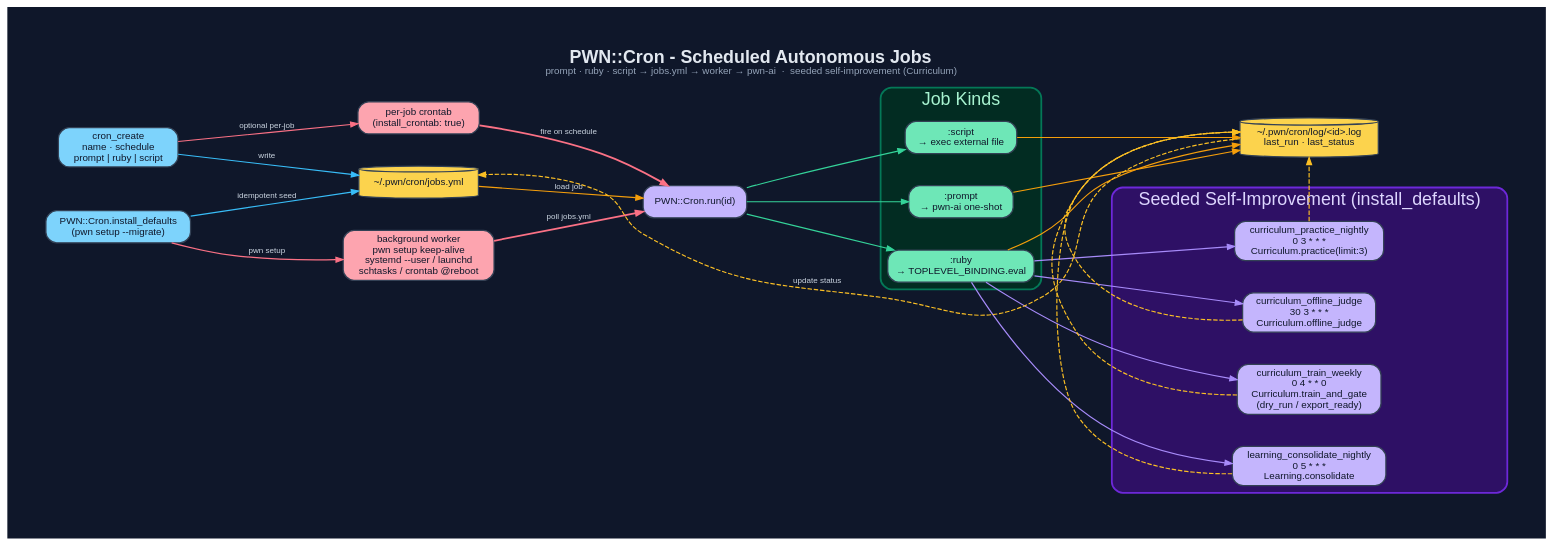
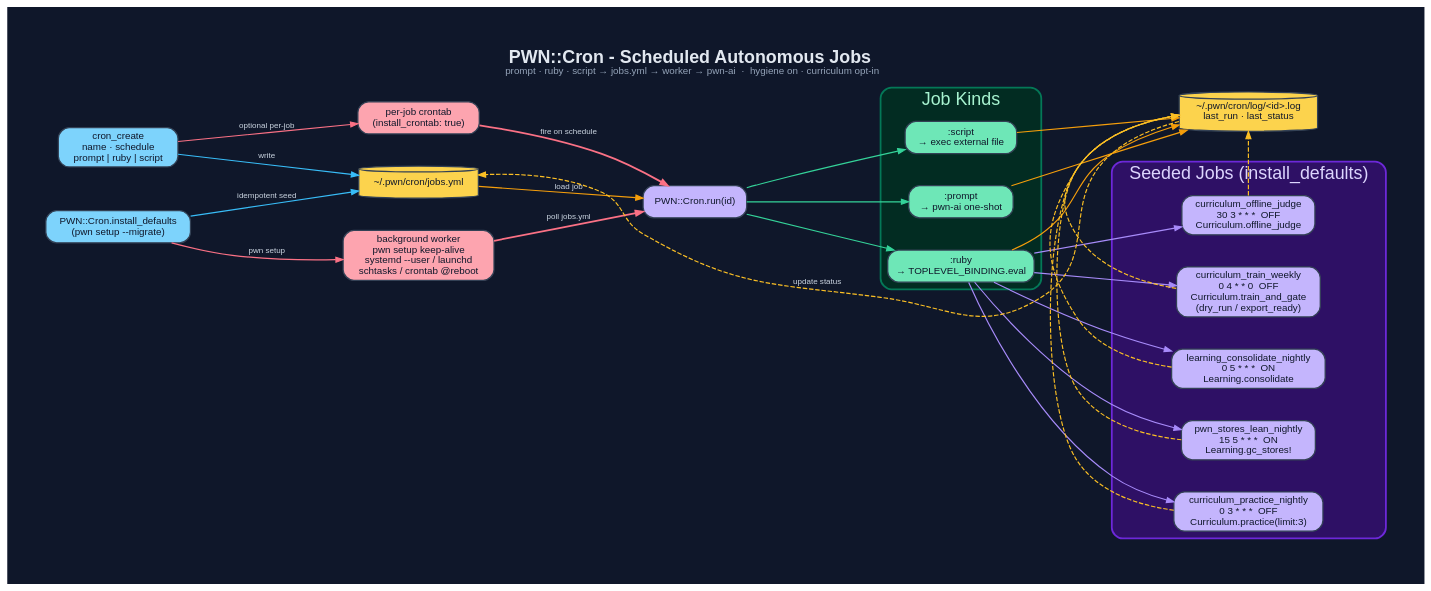
One commit to 0dayInc/pwn changed the diagram in documentation/diagrams/dot/cron-scheduling.dot. Above: the diagram before and after it, drawn with Graphviz. The commit also changed 52 other files, not shown here.

```diff
--- a/documentation/diagrams/dot/cron-scheduling.dot
+++ b/documentation/diagrams/dot/cron-scheduling.dot
@@ -1,65 +1,68 @@
 digraph "PWN_Cron" {
   graph [
-    label=<<B>PWN::Cron - Scheduled Autonomous Jobs</B><BR/><FONT POINT-SIZE="11" COLOR="#94a3b8">prompt · ruby · script → jobs.yml → worker → pwn-ai  ·  seeded self-improvement (Curriculum)</FONT>>,
+    label=<<B>PWN::Cron - Scheduled Autonomous Jobs</B><BR/><FONT POINT-SIZE="11" COLOR="#94a3b8">prompt · ruby · script → jobs.yml → worker → pwn-ai  ·  hygiene on · curriculum opt-in</FONT>>,
     labelloc=t, fontsize=20, fontname="Helvetica",
     rankdir=LR, splines=spline, nodesep=0.5, ranksep=1.3,
     bgcolor="#0f172a", fontcolor="#e2e8f0", pad=0.6, newrank=true
   ];
   node [fontname="Helvetica", fontsize=11, style="filled,rounded",
         shape=box, penwidth=1.4, color="#334155", fontcolor="#0f172a"];
   edge [fontname="Helvetica", fontsize=9, color="#94a3b8",
         fontcolor="#cbd5e1", penwidth=1.3, arrowsize=0.8];
 
   Create  [label="cron_create\nname · schedule\nprompt | ruby | script", fillcolor="#7dd3fc"];
   Seed    [label="PWN::Cron.install_defaults\n(pwn setup --migrate)", fillcolor="#7dd3fc"];
   {rank=same; Create; Seed}
 
   Jobs    [label="~/.pwn/cron/jobs.yml", shape=cylinder, fillcolor="#fcd34d"];
   Crontab [label="per-job crontab\n(install_crontab: true)", fillcolor="#fda4af"];
   Worker  [label="background worker\npwn setup keep-alive\nsystemd --user / launchd\nschtasks / crontab @reboot", fillcolor="#fda4af"];
   Runner  [label="PWN::Cron.run(id)", fillcolor="#c4b5fd"];
 
   subgraph cluster_kinds {
     label="Job Kinds"; fontcolor="#a7f3d0"; style=rounded;
     color="#047857"; bgcolor="#022c22"; penwidth=2;
     Prompt [label=":prompt\n→ pwn-ai one-shot", fillcolor="#6ee7b7"];
     Ruby   [label=":ruby\n→ TOPLEVEL_BINDING.eval", fillcolor="#6ee7b7"];
     Script [label=":script\n→ exec external file", fillcolor="#6ee7b7"];
   }
   {rank=same; Prompt; Ruby; Script}
 
   subgraph cluster_seed {
-    label="Seeded Self-Improvement (install_defaults)"; fontcolor="#ddd6fe"; style=rounded;
+    label="Seeded Jobs (install_defaults)"; fontcolor="#ddd6fe"; style=rounded;
     color="#6d28d9"; bgcolor="#2e1065"; penwidth=2;
-    Practice [label="curriculum_practice_nightly\n0 3 * * *\nCurriculum.practice(limit:3)", fillcolor="#c4b5fd"];
-    Offline  [label="curriculum_offline_judge\n30 3 * * *\nCurriculum.offline_judge", fillcolor="#c4b5fd"];
-    Train    [label="curriculum_train_weekly\n0 4 * * 0\nCurriculum.train_and_gate\n(dry_run / export_ready)", fillcolor="#c4b5fd"];
-    MemGC    [label="learning_consolidate_nightly\n0 5 * * *\nLearning.consolidate", fillcolor="#c4b5fd"];
+    Practice [label="curriculum_practice_nightly\n0 3 * * *  OFF\nCurriculum.practice(limit:3)", fillcolor="#c4b5fd"];
+    Offline  [label="curriculum_offline_judge\n30 3 * * *  OFF\nCurriculum.offline_judge", fillcolor="#c4b5fd"];
+    Train    [label="curriculum_train_weekly\n0 4 * * 0  OFF\nCurriculum.train_and_gate\n(dry_run / export_ready)", fillcolor="#c4b5fd"];
+    MemGC    [label="learning_consolidate_nightly\n0 5 * * *  ON\nLearning.consolidate", fillcolor="#c4b5fd"];
+    Lean     [label="pwn_stores_lean_nightly\n15 5 * * *  ON\nLearning.gc_stores!", fillcolor="#c4b5fd"];
   }
-  {rank=same; Practice; Offline; Train; MemGC}
+  {rank=same; Practice; Offline; Train; MemGC; Lean}
 
   Log [label="~/.pwn/cron/log/<id>.log\nlast_run · last_status", shape=cylinder, fillcolor="#fcd34d"];
 
   Create  -> Jobs    [label="write", color="#38bdf8"];
   Seed    -> Jobs    [label="idempotent seed", color="#38bdf8"];
   Create  -> Crontab [label="optional per-job", color="#fb7185"];
   Seed    -> Worker  [label="pwn setup", color="#fb7185"];
   Crontab -> Runner  [label="fire on schedule", color="#fb7185", penwidth=2];
   Worker  -> Runner  [label="poll jobs.yml", color="#fb7185", penwidth=2];
   Jobs    -> Runner  [label="load job", color="#f59e0b"];
   Runner  -> Prompt  [color="#34d399"];
   Runner  -> Ruby    [color="#34d399"];
   Runner  -> Script  [color="#34d399"];
   Ruby    -> Practice [color="#a78bfa"];
   Ruby    -> Offline  [color="#a78bfa"];
   Ruby    -> Train    [color="#a78bfa"];
   Ruby    -> MemGC    [color="#a78bfa"];
+  Ruby    -> Lean     [color="#a78bfa"];
   Prompt  -> Log [color="#f59e0b"];
   Ruby    -> Log [color="#f59e0b"];
   Script  -> Log [color="#f59e0b"];
   Log     -> Jobs [label="update status", style=dashed, color="#fbbf24", constraint=false];
   Practice -> Log [style=dashed, color="#fbbf24", constraint=false];
   Offline  -> Log [style=dashed, color="#fbbf24", constraint=false];
   Train    -> Log [style=dashed, color="#fbbf24", constraint=false];
   MemGC    -> Log [style=dashed, color="#fbbf24", constraint=false];
+  Lean     -> Log [style=dashed, color="#fbbf24", constraint=false];
 }
```
